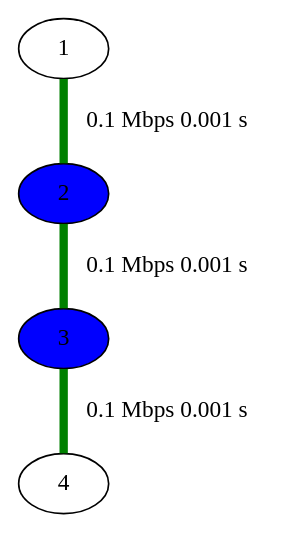
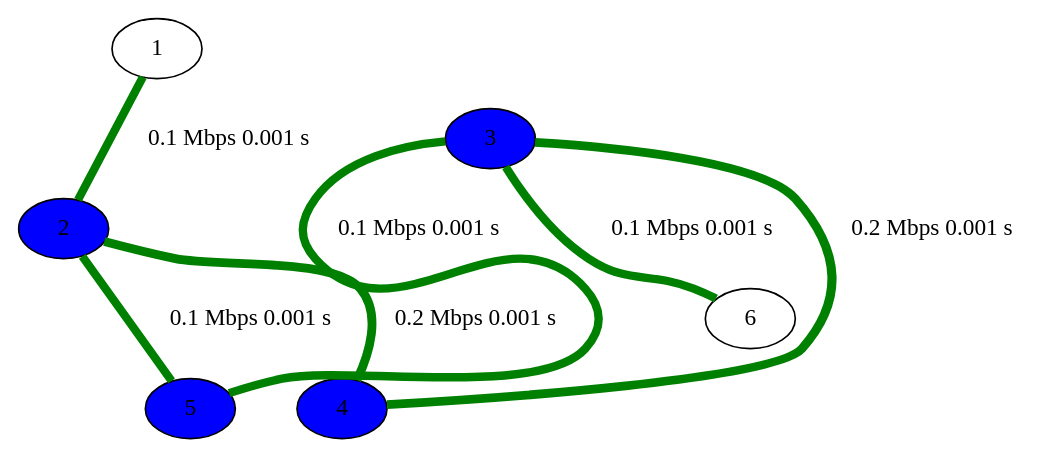
The diagram in network.gv (nonononoka/ntSimulator), drawn with Graphviz before and after one commit. The commit also changed 8 other files, not shown here.

```diff
--- a/network.gv
+++ b/network.gv
@@ -1,30 +1,52 @@
 strict graph {
 
 
 	"1" [  weight=0 ];
 
 	"1" -- "2" [ color="green", label="0.1 Mbps 0.001 s
 ", penwidth="5.00",  weight=0 ];
 
 	"2" [ fillcolor="blue", style="filled",  weight=0 ];
 
+	"2" -- "5" [ color="green", label="0.1 Mbps 0.001 s
+", penwidth="5.00",  weight=0 ];
+
 	"2" -- "1" [ color="green", label="0.1 Mbps 0.001 s
 ", penwidth="5.00",  weight=0 ];
 
-	"2" -- "3" [ color="green", label="0.1 Mbps 0.001 s
-", penwidth="5.00",  weight=0 ];
+	"2" -- "4" [ color="green", label="0.2 Mbps 0.001 s
+", penwidth="5.30",  weight=0 ];
 
 	"3" [ fillcolor="blue", style="filled",  weight=0 ];
 
-	"3" -- "2" [ color="green", label="0.1 Mbps 0.001 s
+	"3" -- "6" [ color="green", label="0.1 Mbps 0.001 s
 ", penwidth="5.00",  weight=0 ];
 
-	"3" -- "4" [ color="green", label="0.1 Mbps 0.001 s
+	"3" -- "4" [ color="green", label="0.2 Mbps 0.001 s
+", penwidth="5.30",  weight=0 ];
+
+	"3" -- "5" [ color="green", label="0.1 Mbps 0.001 s
 ", penwidth="5.00",  weight=0 ];
 
-	"4" [  weight=0 ];
+	"4" [ fillcolor="blue", style="filled",  weight=0 ];
 
-	"4" -- "3" [ color="green", label="0.1 Mbps 0.001 s
+	"4" -- "2" [ color="green", label="0.2 Mbps 0.001 s
+", penwidth="5.30",  weight=0 ];
+
+	"4" -- "3" [ color="green", label="0.2 Mbps 0.001 s
+", penwidth="5.30",  weight=0 ];
+
+	"5" [ fillcolor="blue", style="filled",  weight=0 ];
+
+	"5" -- "3" [ color="green", label="0.1 Mbps 0.001 s
+", penwidth="5.00",  weight=0 ];
+
+	"5" -- "2" [ color="green", label="0.1 Mbps 0.001 s
+", penwidth="5.00",  weight=0 ];
+
+	"6" [  weight=0 ];
+
+	"6" -- "3" [ color="green", label="0.1 Mbps 0.001 s
 ", penwidth="5.00",  weight=0 ];
 
 }
```
